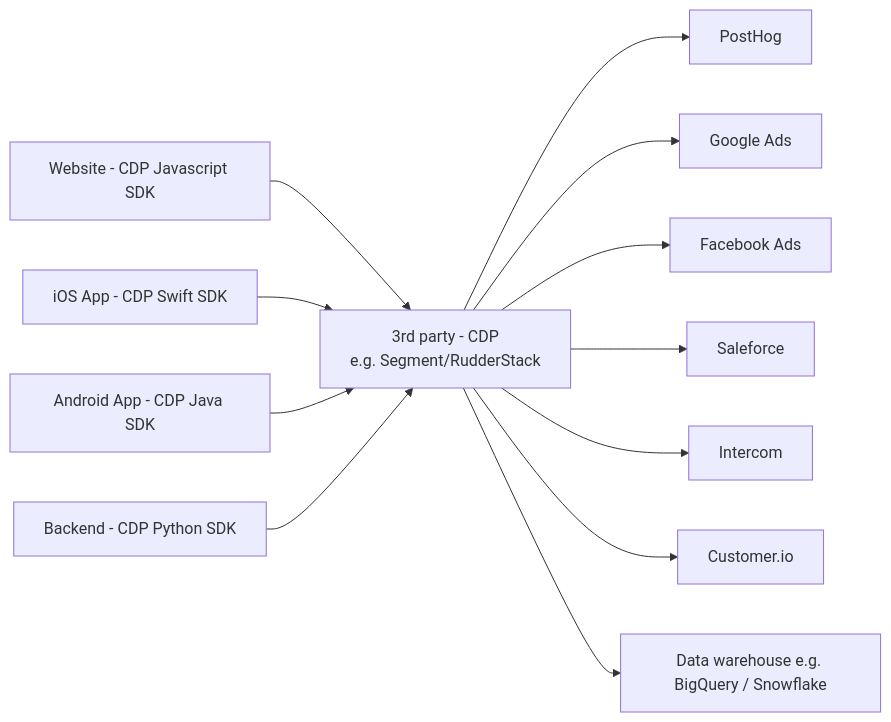
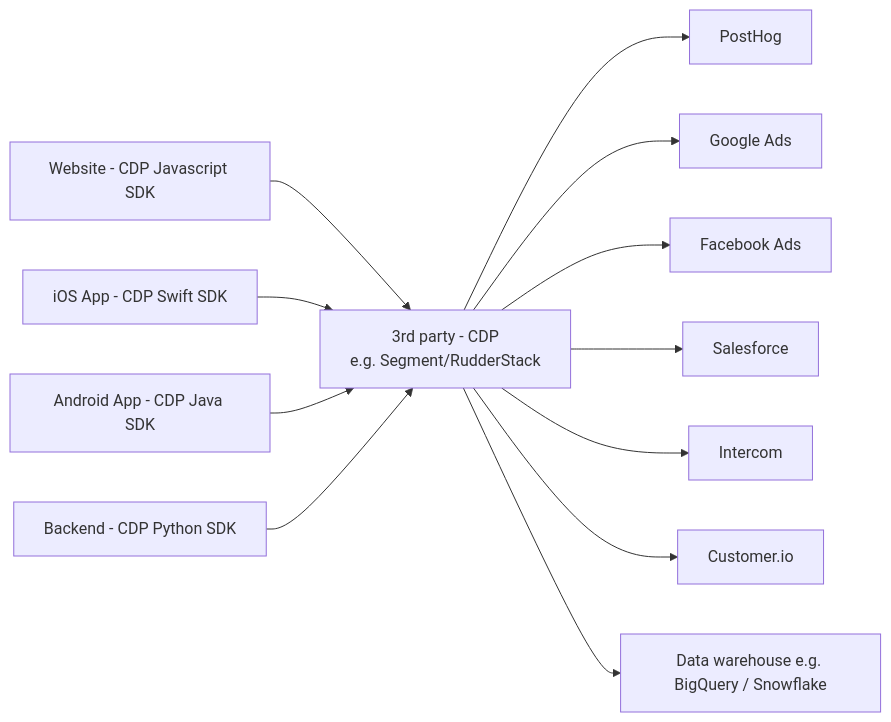
Before and after one commit to olorehq/olore: the fourth of 4 diagrams in vault/packages/posthog/latest/contents/advanced/cdp.md, drawn with Mermaid. The commit also changed other lines of this file and 26351 other files, not shown here.

````diff
--- a/vault/packages/posthog/latest/contents/advanced/cdp.md
+++ b/vault/packages/posthog/latest/contents/advanced/cdp.md
@@ -88,14 +88,14 @@
 ```mermaid
 graph LR
 A[Website - CDP Javascript SDK] --> G
 C[iOS App - CDP Swift SDK] --> G
 D[Android App - CDP Java SDK] --> G
 E[Backend - CDP Python SDK] --> G
 G[3rd party - CDP<br/>e.g. Segment/RudderStack] --> B[PostHog]
 G --> N[Google Ads]
 G --> O[Facebook Ads]
-G --> H[Saleforce]
+G --> H[Salesforce]
 G --> I[Intercom]
 G --> K[Customer.io]
 G --> F[Data warehouse e.g. BigQuery / Snowflake]
 ```
````
